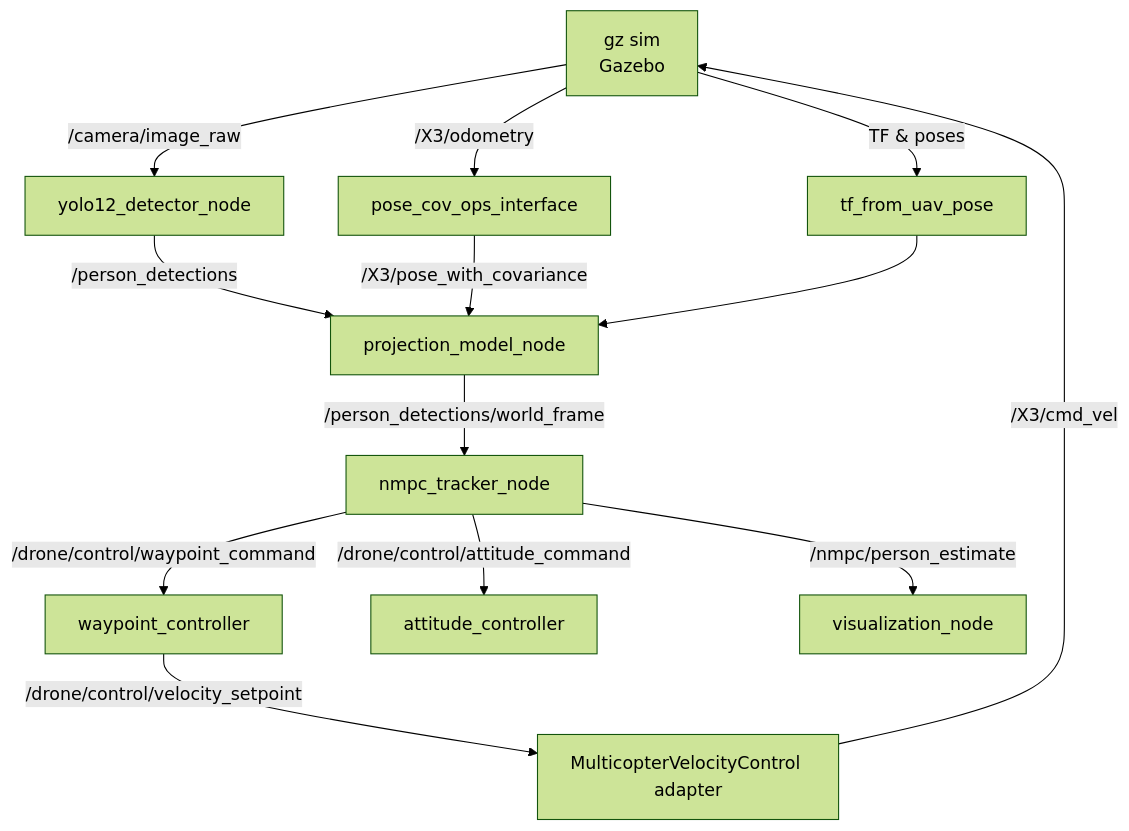
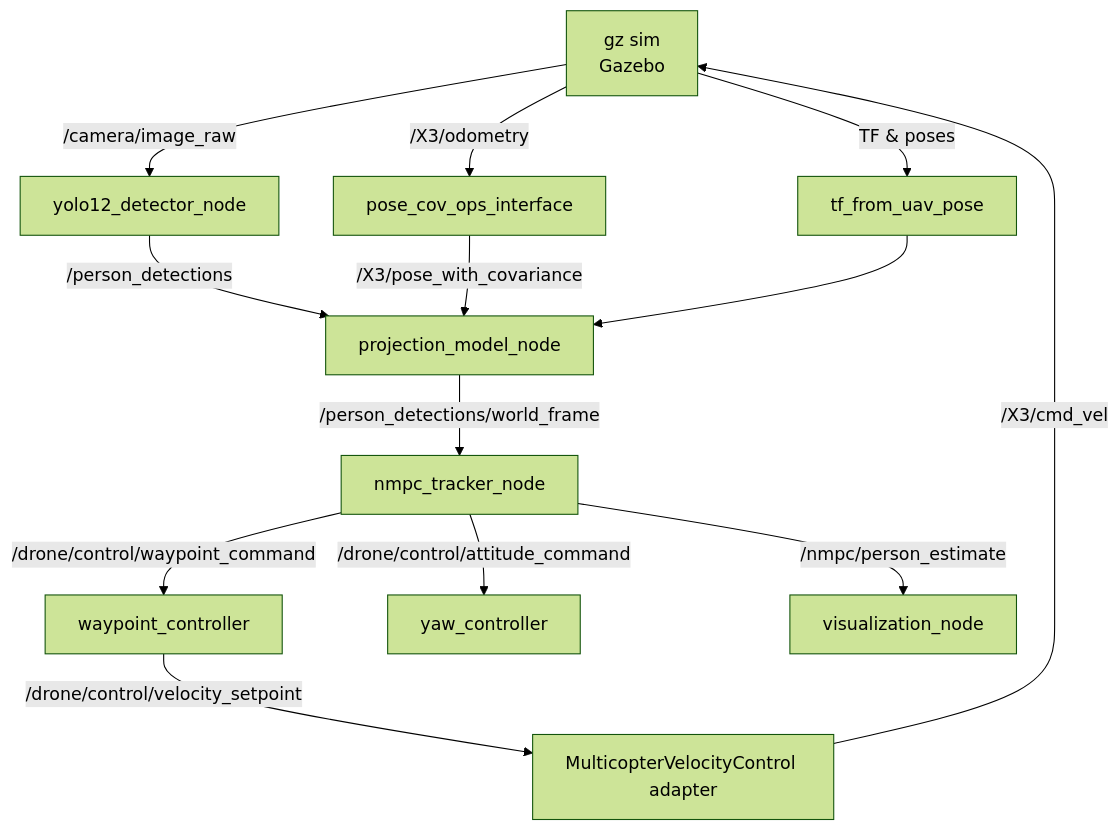
One commit to zuoyangjkpi/DroneSim changed the first of 2 diagrams in AVIANS_system_technical_brief.md. Above: the diagram before and after it, drawn with Mermaid (forest theme). The commit also changed other lines of this file and 13 other files, not shown here.

````diff
--- a/AVIANS_system_technical_brief.md
+++ b/AVIANS_system_technical_brief.md
@@ -109,15 +109,15 @@
 ```mermaid
 graph TD
     Gazebo[gz sim\nGazebo] -->|/camera/image_raw| YOLO[yolo12_detector_node]
     Gazebo -->|/X3/odometry| PoseCov[pose_cov_ops_interface]
     YOLO -->|/person_detections| Projector[projection_model_node]
     PoseCov -->|/X3/pose_with_covariance| Projector
     Projector -->|/person_detections/world_frame| NMPC[nmpc_tracker_node]
     NMPC -->|/drone/control/waypoint_command| WP[waypoint_controller]
-    NMPC -->|/drone/control/attitude_command| AT[attitude_controller]
+    NMPC -->|/drone/control/attitude_command| AT[yaw_controller]
     WP -->|/drone/control/velocity_setpoint| Vel[MulticopterVelocityControl adapter]
     Vel -->|/X3/cmd_vel| Gazebo
     NMPC -->|/nmpc/person_estimate| Viz[visualization_node]
     Gazebo -->|TF & poses| TFpub[tf_from_uav_pose]
     TFpub --> Projector
 ```
````
